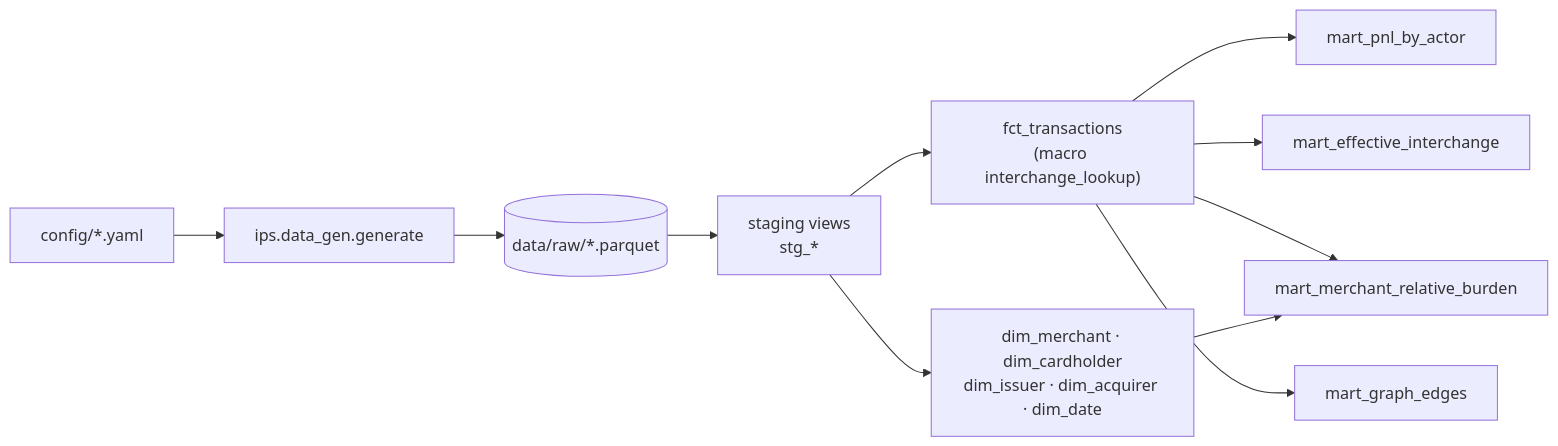
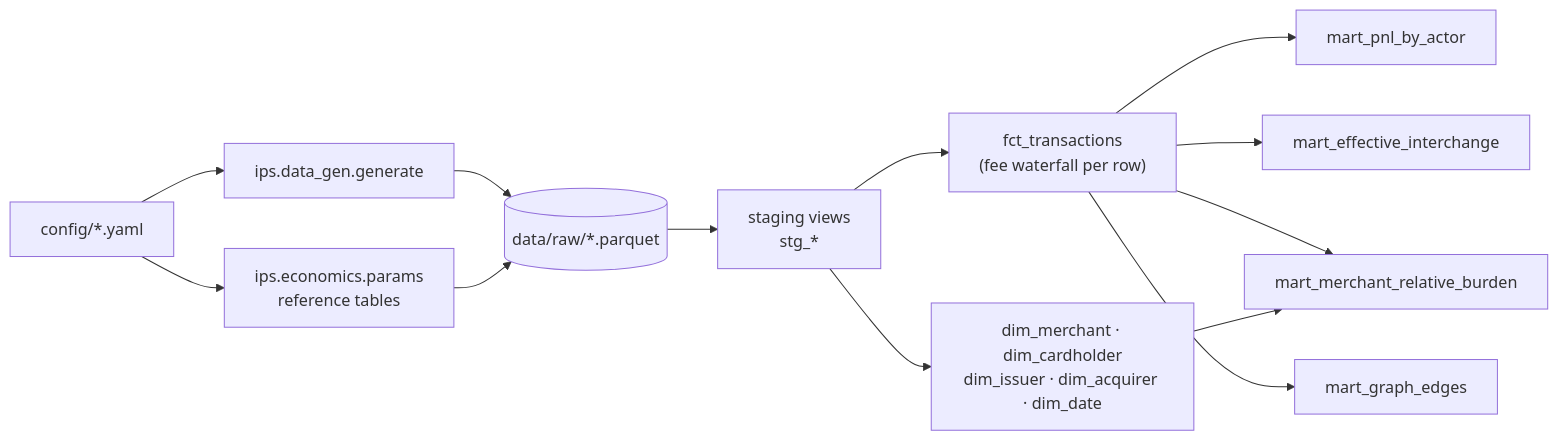
One commit to dansaavedra1103/interchange-pricing-simulator changed the first of 2 diagrams in docs/architecture.md. Above: the diagram before and after it, drawn with Mermaid. The commit also changed other lines of this file and 36 other files, not shown here.

````diff
--- a/docs/architecture.md
+++ b/docs/architecture.md
@@ -8,13 +9,15 @@
 ```mermaid
 flowchart LR
     config["config/*.yaml"] --> generate["ips.data_gen.generate"]
+    config --> params["ips.economics.params<br/>reference tables"]
     generate --> raw[("data/raw/*.parquet")]
+    params --> raw
     raw --> staging["staging views<br/>stg_*"]
-    staging --> fct["fct_transactions<br/>(macro interchange_lookup)"]
+    staging --> fct["fct_transactions<br/>(fee waterfall per row)"]
     staging --> dims["dim_merchant · dim_cardholder<br/>dim_issuer · dim_acquirer · dim_date"]
     fct --> pnl["mart_pnl_by_actor"]
     fct --> eff["mart_effective_interchange"]
     fct --> burden["mart_merchant_relative_burden"]
     dims --> burden
     fct --> edges["mart_graph_edges"]
 ```
````
